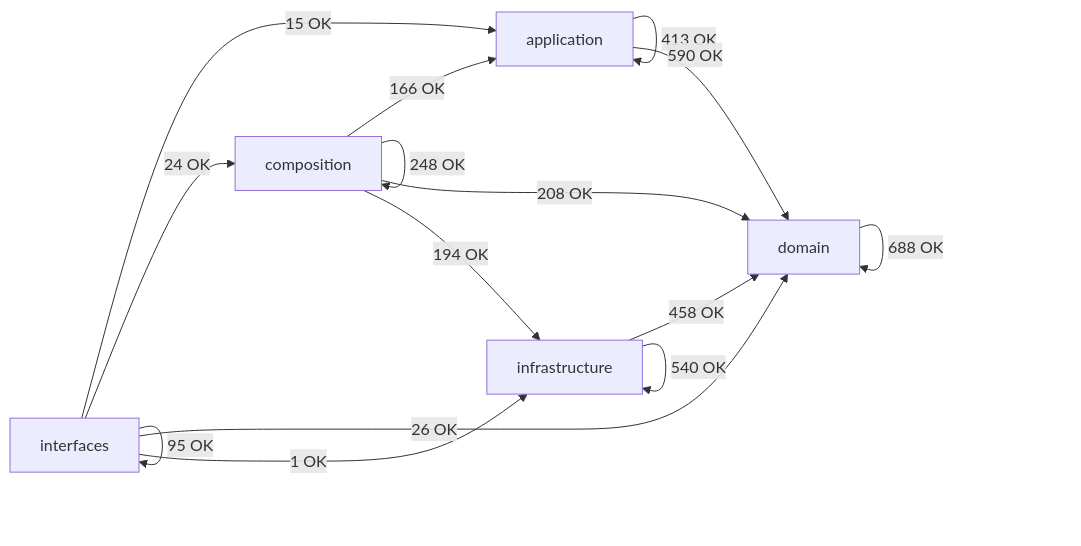
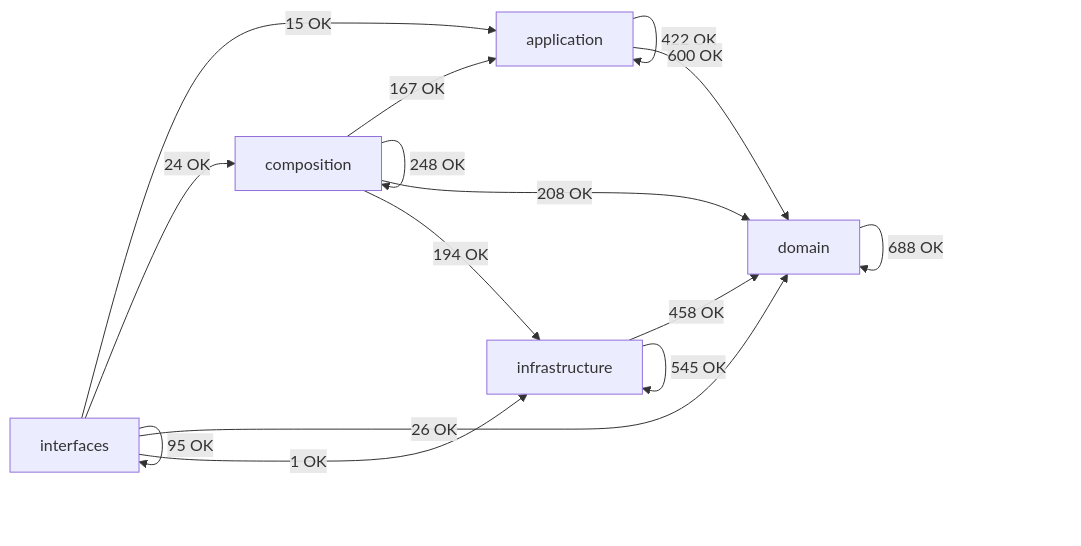
The diagram in docs/02-architecture/generated/module-dependency-map.md (SatoryKono/BioactivityDataAcquisition), drawn with Mermaid before and after one commit. The commit also changed other lines of this file and 135 other files, not shown here.

````diff
--- a/docs/02-architecture/generated/module-dependency-map.md
+++ b/docs/02-architecture/generated/module-dependency-map.md
@@ -16,22 +16,22 @@
 ```mermaid
 flowchart LR
     domain[domain]
     application[application]
     infrastructure[infrastructure]
     composition[composition]
     interfaces[interfaces]
-    application -->|413 OK| application
-    application -->|590 OK| domain
-    composition -->|166 OK| application
+    application -->|422 OK| application
+    application -->|600 OK| domain
+    composition -->|167 OK| application
     composition -->|248 OK| composition
     composition -->|208 OK| domain
     composition -->|194 OK| infrastructure
     domain -->|688 OK| domain
     infrastructure -->|458 OK| domain
-    infrastructure -->|540 OK| infrastructure
+    infrastructure -->|545 OK| infrastructure
     interfaces -->|15 OK| application
     interfaces -->|24 OK| composition
     interfaces -->|26 OK| domain
     interfaces -->|1 OK| infrastructure
     interfaces -->|95 OK| interfaces
 ```
````
